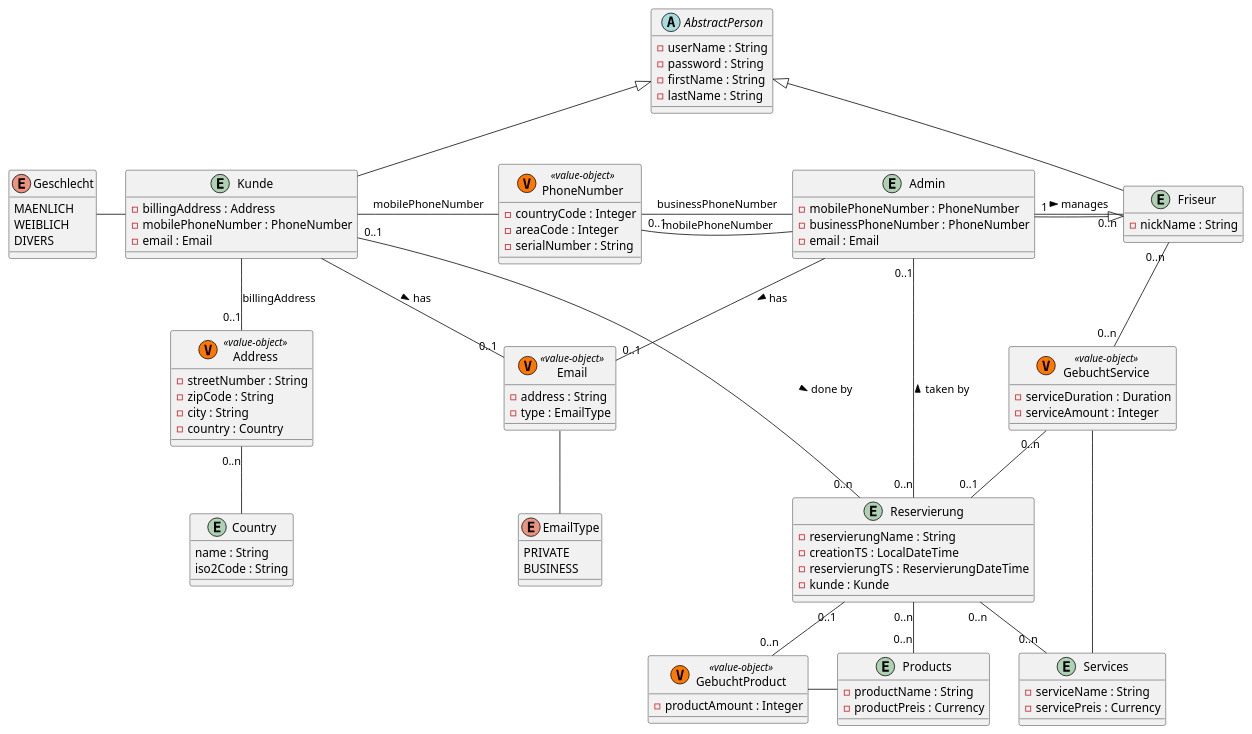
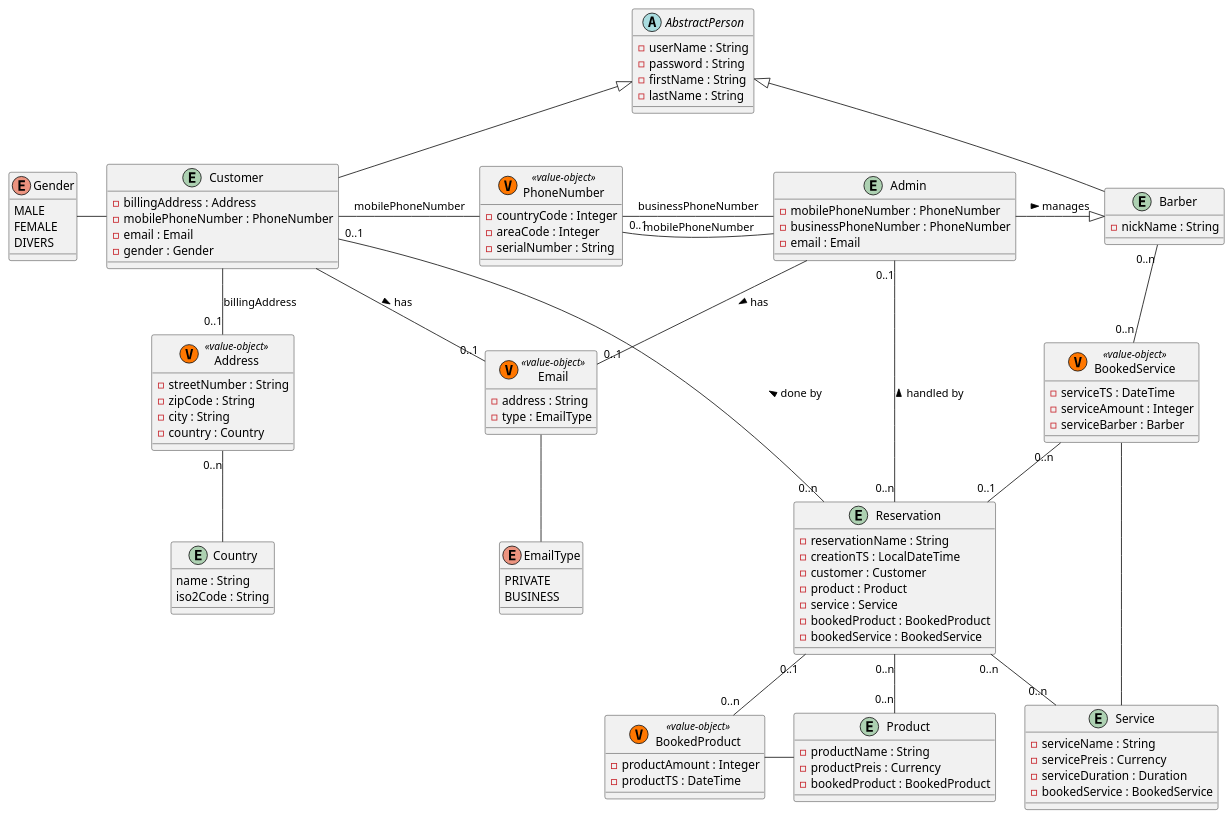
One commit to sbuyuktanir/reservation changed the diagram in src/main/puml/7ACIF_Friseursalon.puml. Above: the diagram before and after it, drawn with PlantUML. The commit also changed 23 other files, not shown here.

Commit message:
UML file is included

```diff
--- a/src/main/puml/7ACIF_Friseursalon.puml
+++ b/src/main/puml/7ACIF_Friseursalon.puml
@@ -1,111 +1,120 @@
 @startuml
 'https://plantuml.com/class-diagram
 
-entity Reservierung {
-- reservierungName : String
+entity Reservation {
+- reservationName : String
 - creationTS : LocalDateTime
-- reservierungTS : ReservierungDateTime
-- kunde : Kunde
+- customer : Customer
+- product : Product
+- service : Service
+- bookedProduct : BookedProduct
+- bookedService : BookedService
 }
 
-entity Services {
+entity Service {
 - serviceName : String
 - servicePreis : Currency
+- serviceDuration : Duration
+- bookedService : BookedService
 }
 
-class GebuchtService  << (V, #FF7700) value-object >> {
-- serviceDuration : Duration
+class BookedService  << (V, #FF7700) value-object >> {
+- serviceTS : DateTime
 - serviceAmount : Integer
+- serviceBarber : Barber
 }
 
-entity Products {
+entity Product {
 - productName : String
 - productPreis : Currency
+- bookedProduct : BookedProduct
 }
 
-class GebuchtProduct  << (V, #FF7700) value-object >> {
+class BookedProduct  << (V, #FF7700) value-object >> {
 - productAmount : Integer
+- productTS : DateTime
 }
 
 abstract AbstractPerson {
 - userName : String
 - password : String
 - firstName : String
 - lastName : String
 }
 
-entity Kunde {
+entity Customer {
 - billingAddress : Address
 - mobilePhoneNumber : PhoneNumber
 - email : Email
+- gender : Gender
 }
 
 entity Admin {
 - mobilePhoneNumber : PhoneNumber
 - businessPhoneNumber : PhoneNumber
 - email : Email
 }
 
-entity Friseur {
+entity Barber {
 - nickName : String
 }
 
-enum Geschlecht {
-MAENLICH
-WEIBLICH
+enum Gender {
+MALE
+FEMALE
 DIVERS
 }
 
 entity Country {
 name : String
 iso2Code : String
 }
 
 enum EmailType {
 PRIVATE
 BUSINESS
 }
 
 class Address << (V, #FF7700) value-object >> {
 - streetNumber : String
 - zipCode : String
 - city : String
 - country : Country
 }
 
 class PhoneNumber << (V, #FF7700) value-object >> {
 - countryCode : Integer
 - areaCode : Integer
 - serialNumber : String
 }
 
 class Email << (V, #FF7700) value-object >> {
 - address : String
 - type : EmailType
 }
 
 'Reservierung "0..n" o..o "0..1" ReservierungList
-Admin --|> Friseur
-Kunde -up-|> AbstractPerson
-Friseur -up-|> AbstractPerson
-Kunde "0..1" -right- "0..n" Reservierung : done by >
-Admin "0..1" -- "0..n" Reservierung : taken by <
-Reservierung "0..n" -down- "0..n" Products
-Reservierung "0..n" -down- "0..n" Services
-Reservierung "0..1" -- "0..n" GebuchtProduct
-Reservierung "0..1" -up- "0..n" GebuchtService
-Products  -left-  GebuchtProduct
-Services  -right-  GebuchtService
-Friseur "0..n" -- "0..n" GebuchtService
-Admin "1" -right- "0..n" Friseur : manages >
-Kunde -- "0..1" Address : billingAddress
-Kunde -right- PhoneNumber : mobilePhoneNumber
-Kunde -- "0..1" Email : has >
-Kunde -left- Geschlecht
+Admin -right-|> Barber : manages >
+Customer -up-|> AbstractPerson
+Barber -up-|> AbstractPerson
+Customer "0..1" -right- "0..n" Reservation : done by <
+Admin "0..1" -- "0..n" Reservation : handled by <
+Reservation "0..n" -down- "0..n" Product
+Reservation "0..n" -down- "0..n" Service
+Reservation "0..1" -- "0..n" BookedProduct
+Reservation "0..1" -up- "0..n" BookedService
+Product  -left-  BookedProduct
+Service  -right-  BookedService
+Barber "0..n" -- "0..n" BookedService
+' Admin "1" -right- "0..n" Barber : manages >
+Customer -- "0..1" Address : billingAddress
+Customer -right- PhoneNumber : mobilePhoneNumber
+Customer -- "0..1" Email : has >
+Customer -left- Gender
 Admin -right- PhoneNumber : mobilePhoneNumber
 Admin -up- "0..1" PhoneNumber : businessPhoneNumber
 Admin -- "0..1" Email : has >
 Email -- EmailType
 Address "0..n" -- Country
 
 @enduml
```
